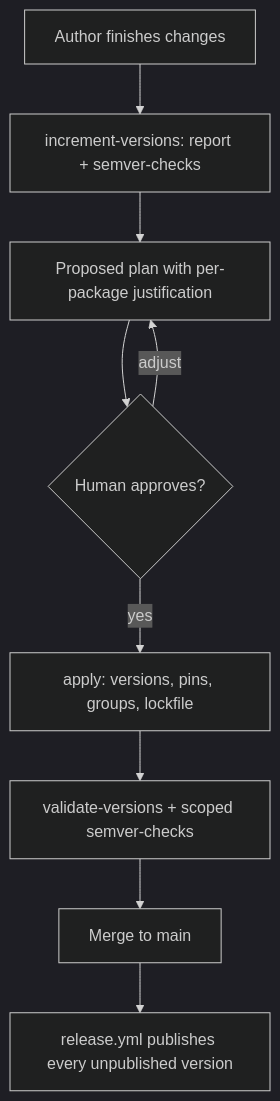
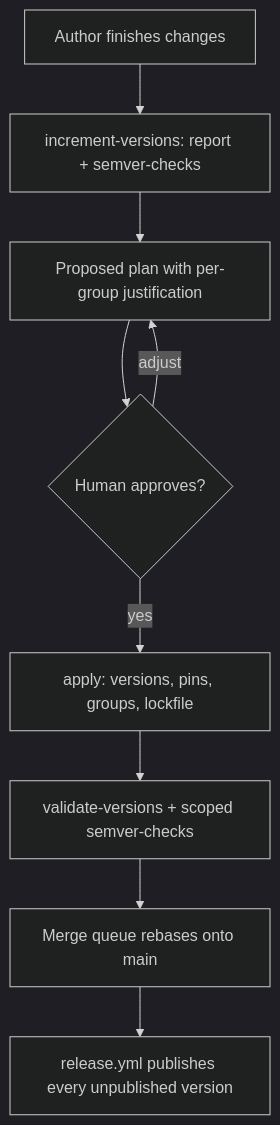
The diagram in docs/release-versioning.md (folo-rs/folo), drawn with Mermaid (dark theme) before and after one commit. The commit also changed other lines of this file and 1 other file, not shown here.

Commit message:
docs: make PR-time versioning a one-decision skill behind a merge queue

````diff
--- a/docs/release-versioning.md
+++ b/docs/release-versioning.md
@@ -427,11 +454,11 @@
 ```mermaid
 flowchart TD
     A["Author finishes changes"] --> B["increment-versions: report + semver-checks"]
-    B --> C["Proposed plan with per-package justification"]
+    B --> C["Proposed plan with per-group justification"]
     C --> D{"Human approves?"}
     D -- adjust --> C
     D -- yes --> E["apply: versions, pins, groups, lockfile"]
     E --> F["validate-versions + scoped semver-checks"]
-    F --> G["Merge to main"]
+    F --> G["Merge queue rebases onto main"]
     G --> H["release.yml publishes every unpublished version"]
 ```
````
